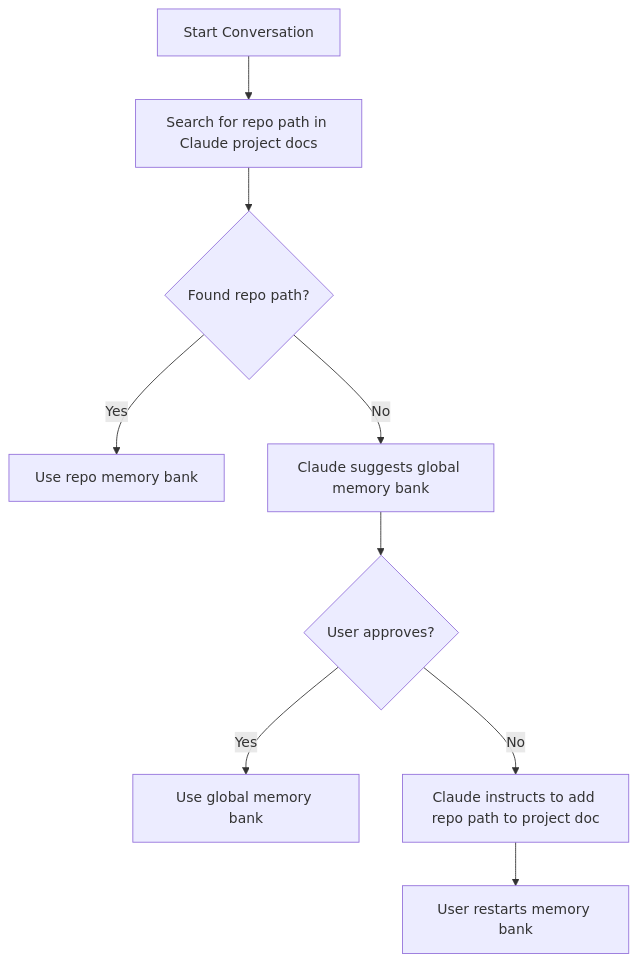
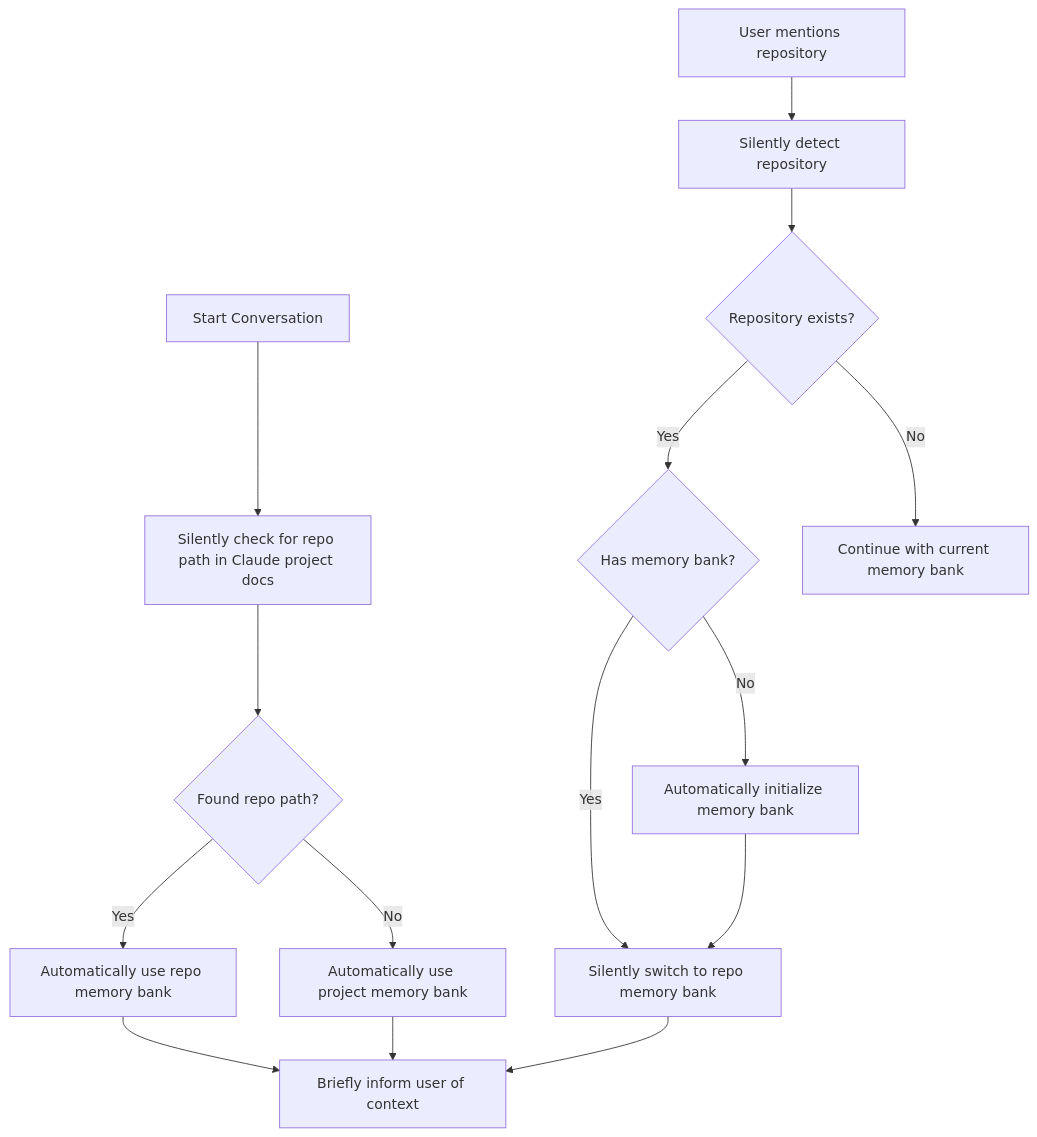
The fifth of 9 diagrams in doc/mcp-design.md (philippe-guerit/claude-desktop-memory-bank), drawn with Mermaid before and after one commit. The commit also changed other lines of this file and 4 other files, not shown here.

````diff
--- a/doc/mcp-design.md
+++ b/doc/mcp-design.md
@@ -145,11 +145,20 @@
 ```mermaid
 flowchart TD
-    Start[Start Conversation] --> Search[Search for repo path in Claude project docs]
+    Start[Start Conversation] --> Search[Silently check for repo path in Claude project docs]
     Search --> Found{Found repo path?}
-    Found -->|Yes| UseRepo[Use repo memory bank]
-    Found -->|No| Suggest[Claude suggests global memory bank]
-    Suggest --> Ask{User approves?}
-    Ask -->|Yes| UseGlobal[Use global memory bank]
-    Ask -->|No| Instruct[Claude instructs to add repo path to project doc]
-    Instruct --> Restart[User restarts memory bank]
+    Found -->|Yes| UseRepo[Automatically use repo memory bank]
+    Found -->|No| UseProject[Automatically use project memory bank]
+    
+    RepoMention[User mentions repository] --> Detect[Silently detect repository]
+    Detect --> RepoExists{Repository exists?}
+    RepoExists -->|Yes| HasMB{Has memory bank?}
+    RepoExists -->|No| Continue[Continue with current memory bank]
+    
+    HasMB -->|Yes| SwitchRepo[Silently switch to repo memory bank]
+    HasMB -->|No| InitRepo[Automatically initialize memory bank]
+    InitRepo --> SwitchRepo
+    
+    UseRepo --> Inform[Briefly inform user of context]
+    UseProject --> Inform
+    SwitchRepo --> Inform
 ```
````
